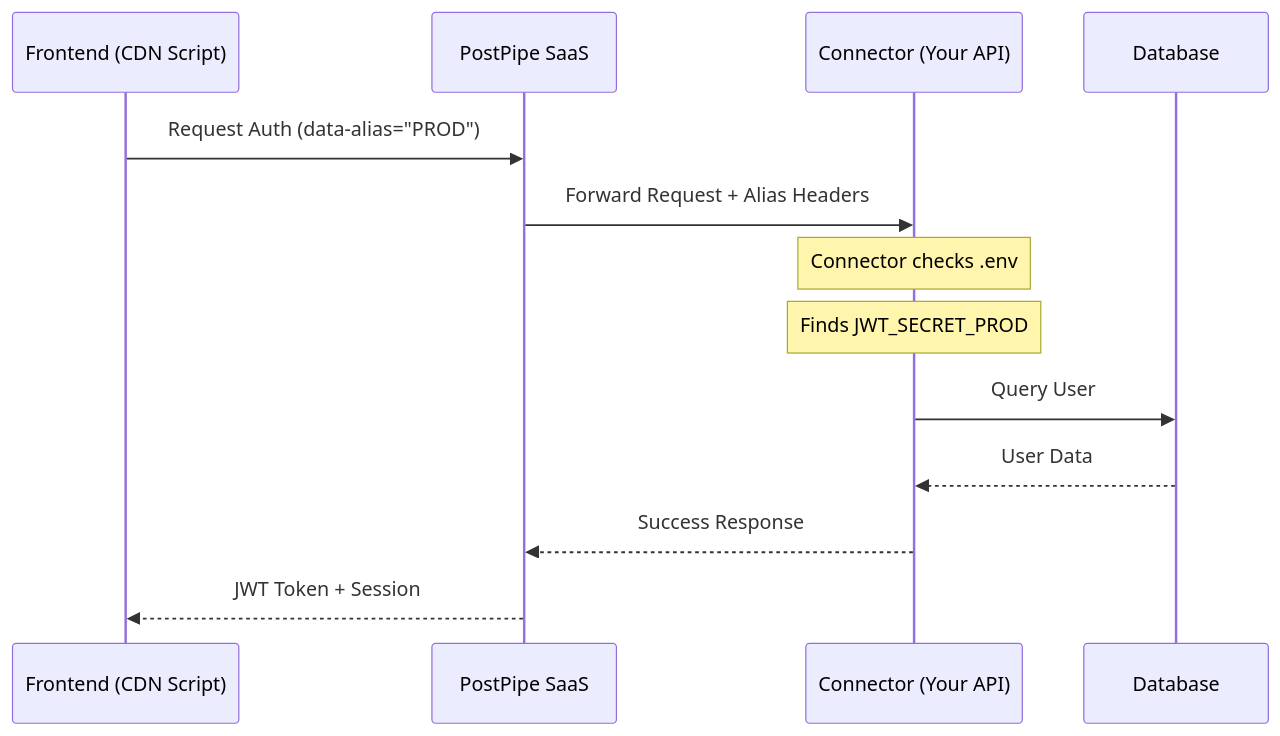
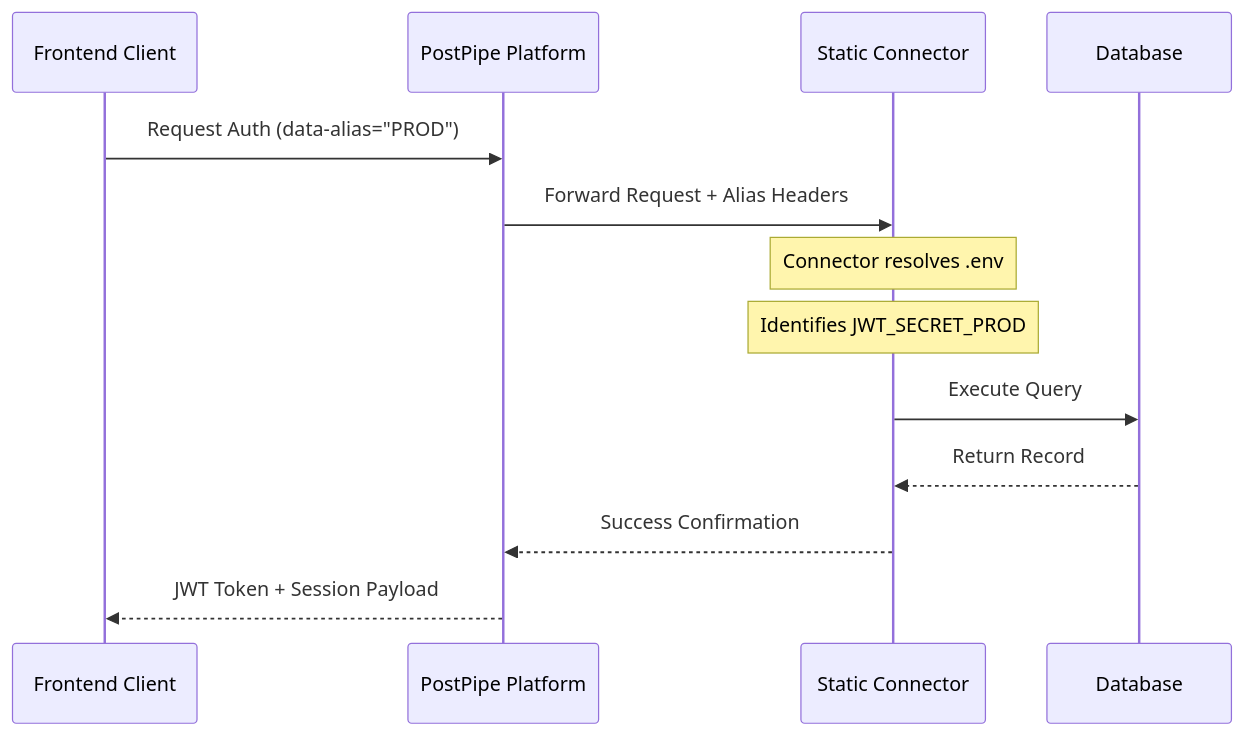
One commit to PostPipe/Postpipe-2.0-fontend changed the diagram in documentation/guides/auth-presets-and-aliases.md. Above: the diagram before and after it, drawn with Mermaid. The commit also changed other lines of this file and 7 other files, not shown here.

````diff
--- a/documentation/guides/auth-presets-and-aliases.md
+++ b/documentation/guides/auth-presets-and-aliases.md
@@ -22,16 +22,16 @@
 ```mermaid
 sequenceDiagram
-    participant FE as Frontend (CDN Script)
-    participant PP as PostPipe SaaS
-    participant CN as Connector (Your API)
+    participant FE as Frontend Client
+    participant PP as PostPipe Platform
+    participant CN as Static Connector
     participant DB as Database
 
     FE->>PP: Request Auth (data-alias="PROD")
     PP->>CN: Forward Request + Alias Headers
-    Note over CN: Connector checks .env
-    Note over CN: Finds JWT_SECRET_PROD
-    CN->>DB: Query User
-    DB-->>CN: User Data
-    CN-->>PP: Success Response
-    PP-->>FE: JWT Token + Session
+    Note over CN: Connector resolves .env
+    Note over CN: Identifies JWT_SECRET_PROD
+    CN->>DB: Execute Query
+    DB-->>CN: Return Record
+    CN-->>PP: Success Confirmation
+    PP-->>FE: JWT Token + Session Payload
 ```
````
